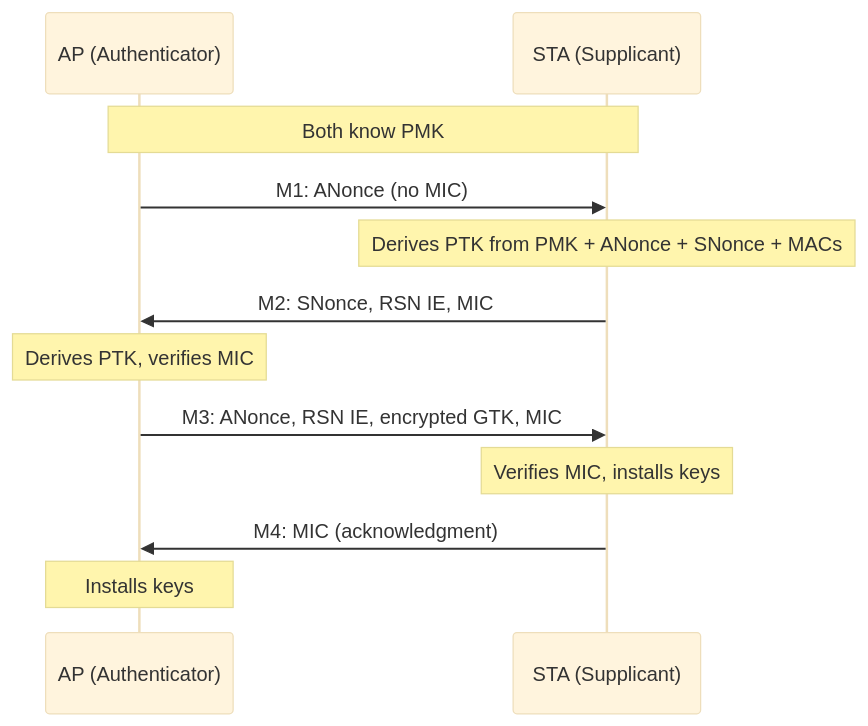
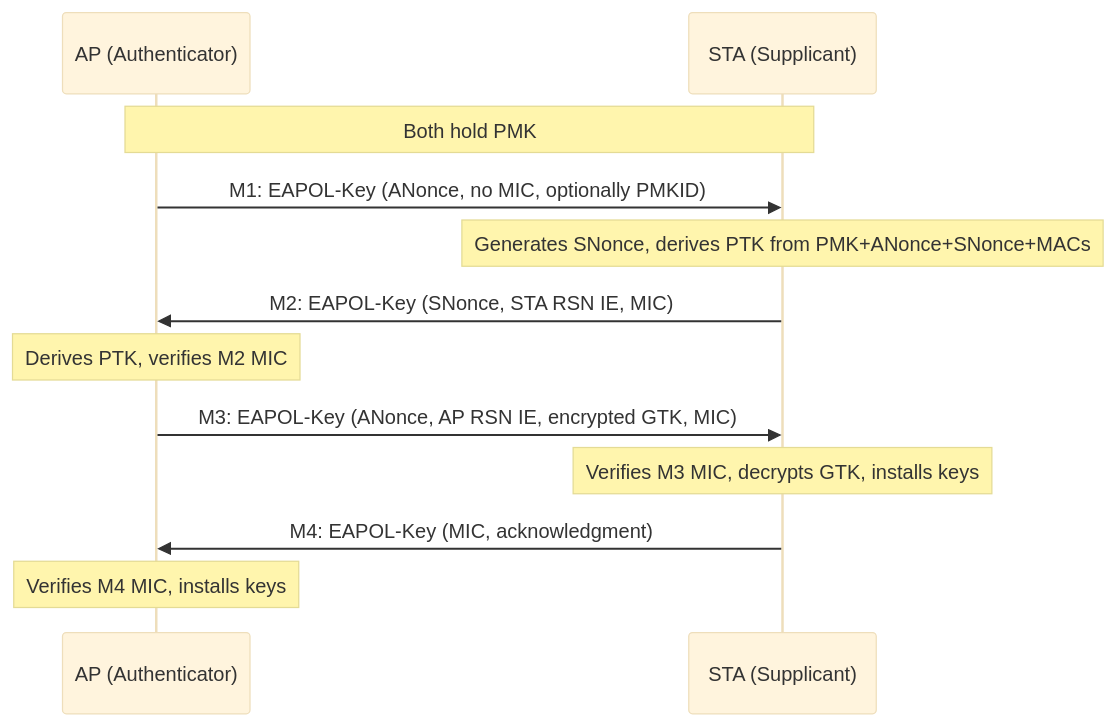
The diagram in docs/protocol/four-way-handshake.md (StrongWind1/WiFi_Cracking), drawn with Mermaid (base theme) before and after one commit. The commit also changed other lines of this file and 12 other files, not shown here.

````diff
--- a/docs/protocol/four-way-handshake.md
+++ b/docs/protocol/four-way-handshake.md
@@ -11,15 +15,15 @@
 ```mermaid
 sequenceDiagram
     participant AP as AP (Authenticator)
     participant STA as STA (Supplicant)
 
-    Note over AP,STA: Both know PMK
-    AP->>STA: M1: ANonce (no MIC)
-    Note over STA: Derives PTK from PMK + ANonce + SNonce + MACs
-    STA->>AP: M2: SNonce, RSN IE, MIC
-    Note over AP: Derives PTK, verifies MIC
-    AP->>STA: M3: ANonce, RSN IE, encrypted GTK, MIC
-    Note over STA: Verifies MIC, installs keys
-    STA->>AP: M4: MIC (acknowledgment)
-    Note over AP: Installs keys
+    Note over AP,STA: Both hold PMK
+    AP->>STA: M1: EAPOL-Key (ANonce, no MIC, optionally PMKID)
+    Note over STA: Generates SNonce, derives PTK from PMK+ANonce+SNonce+MACs
+    STA->>AP: M2: EAPOL-Key (SNonce, STA RSN IE, MIC)
+    Note over AP: Derives PTK, verifies M2 MIC
+    AP->>STA: M3: EAPOL-Key (ANonce, AP RSN IE, encrypted GTK, MIC)
+    Note over STA: Verifies M3 MIC, decrypts GTK, installs keys
+    STA->>AP: M4: EAPOL-Key (MIC, acknowledgment)
+    Note over AP: Verifies M4 MIC, installs keys
 ```
````
